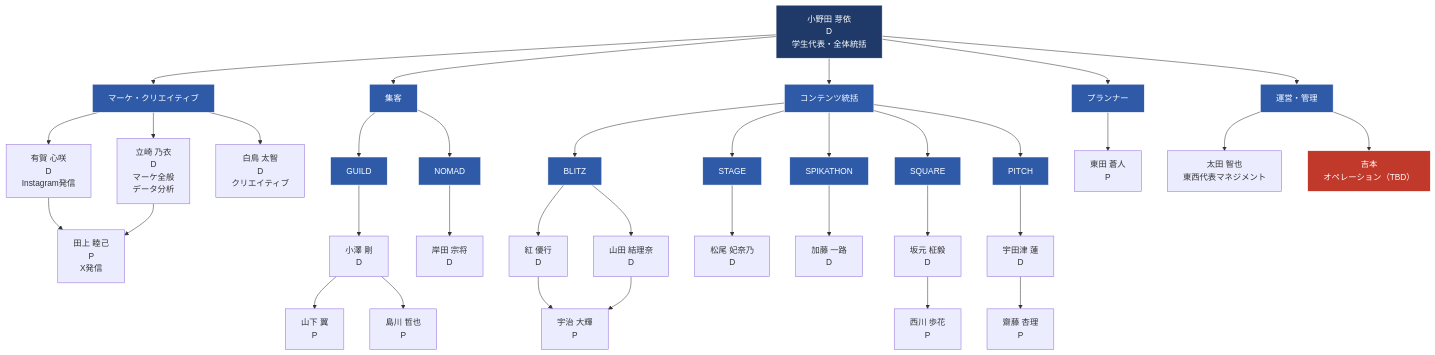
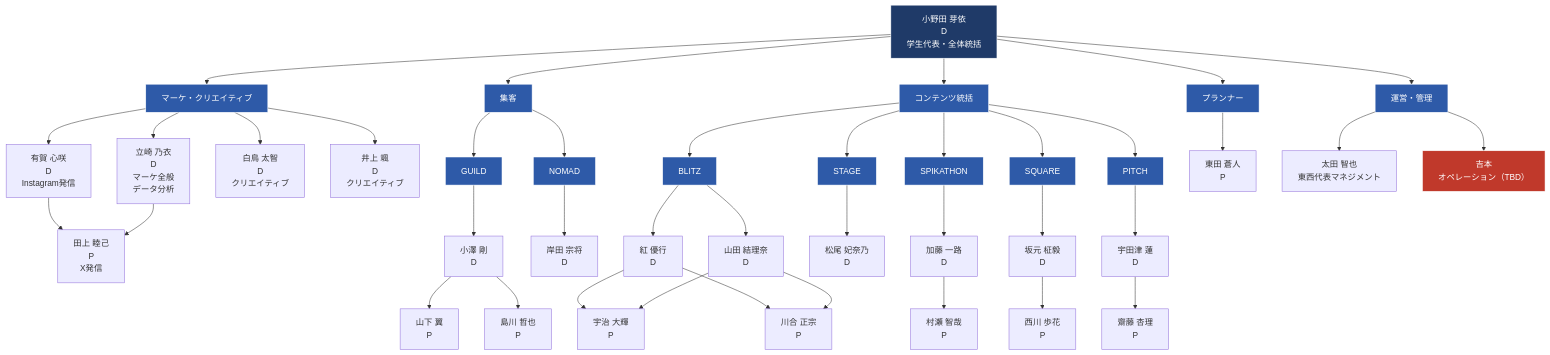
One commit to liofval/spikes_hr changed the second of 3 diagrams in spikes-org-chart.md. Above: the diagram before and after it, drawn with Mermaid. The commit also changed other lines of this file and 1 other file, not shown here.

Commit message:
組織図: メンバー3名追加（井上颯・川合正宗・村瀬智哉）

````diff
--- a/spikes-org-chart.md
+++ b/spikes-org-chart.md
@@ -25,58 +25,62 @@
 ```mermaid
 graph TD
     Onoda["小野田 芽依<br/>D<br/>学生代表・全体統括"]
 
     Onoda --> MktHQ["マーケ・クリエイティブ"]
     Onoda --> PromoHQ["集客"]
     Onoda --> ContentHQ["コンテンツ統括"]
     Onoda --> PlannerHQ["プランナー"]
     Onoda --> OpsHQ["運営・管理"]
 
     %% マーケ・クリエイティブ
     MktHQ --> Aruga["有賀 心咲<br/>D<br/>Instagram発信"]
     MktHQ --> Tatsuzaki["立崎 乃衣<br/>D<br/>マーケ全般<br/>データ分析"]
     MktHQ --> Shiratori["白鳥 太智<br/>D<br/>クリエイティブ"]
+    MktHQ --> Inoue["井上 颯<br/>D<br/>クリエイティブ"]
     Aruga --> Tagami["田上 睦己<br/>P<br/>X発信"]
     Tatsuzaki --> Tagami
 
     %% 集客
     PromoHQ --> GUILD["GUILD"]
     PromoHQ --> NOMAD["NOMAD"]
     GUILD --> Ozawa["小澤 剛<br/>D"]
     Ozawa --> Yamashita["山下 翼<br/>P"]
     Ozawa --> Shimakawa["島川 哲也<br/>P"]
     NOMAD --> Kishida["岸田 宗将<br/>D"]
 
     %% コンテンツ
     ContentHQ --> BLITZ["BLITZ"]
     ContentHQ --> STAGE["STAGE"]
     ContentHQ --> SPIKATHON["SPIKATHON"]
     ContentHQ --> SQUARE["SQUARE"]
     ContentHQ --> PITCH["PITCH"]
     BLITZ --> Kurenai["紅 優行<br/>D"]
     BLITZ --> Yamada["山田 結理奈<br/>D"]
     Kurenai --> Uji["宇治 大輝<br/>P"]
     Yamada --> Uji
+    Kurenai --> Kawai["川合 正宗<br/>P"]
+    Yamada --> Kawai
     STAGE --> Matsuo["松尾 妃奈乃<br/>D"]
     SPIKATHON --> Kato["加藤 一路<br/>D"]
+    Kato --> Murase["村瀬 智哉<br/>P"]
     SQUARE --> Sakamoto["坂元 柾毅<br/>D"]
     Sakamoto --> Nishikawa["西川 歩花<br/>P"]
     PITCH --> Udatsu["宇田津 蓮<br/>D"]
     Udatsu --> Saito["齋藤 杏理<br/>P"]
 
     %% プランナー
     PlannerHQ --> Azumada["東田 蒼人<br/>P"]
 
     %% 運営・管理
     OpsHQ --> Ota["太田 智也<br/>東西代表マネジメント"]
     OpsHQ --> Yoshimoto["吉本<br/>オペレーション（TBD）"]
 
     classDef head fill:#1f3a68,stroke:#fff,color:#fff;
     classDef group fill:#2e5aa8,stroke:#fff,color:#fff;
     classDef tbd fill:#c0392b,stroke:#fff,color:#fff;
     class Onoda head;
     class MktHQ,PromoHQ,ContentHQ,OpsHQ,PlannerHQ group;
     class BLITZ,STAGE,SPIKATHON,SQUARE,PITCH group;
     class GUILD,NOMAD group;
     class Yoshimoto tbd;
 ```
````
